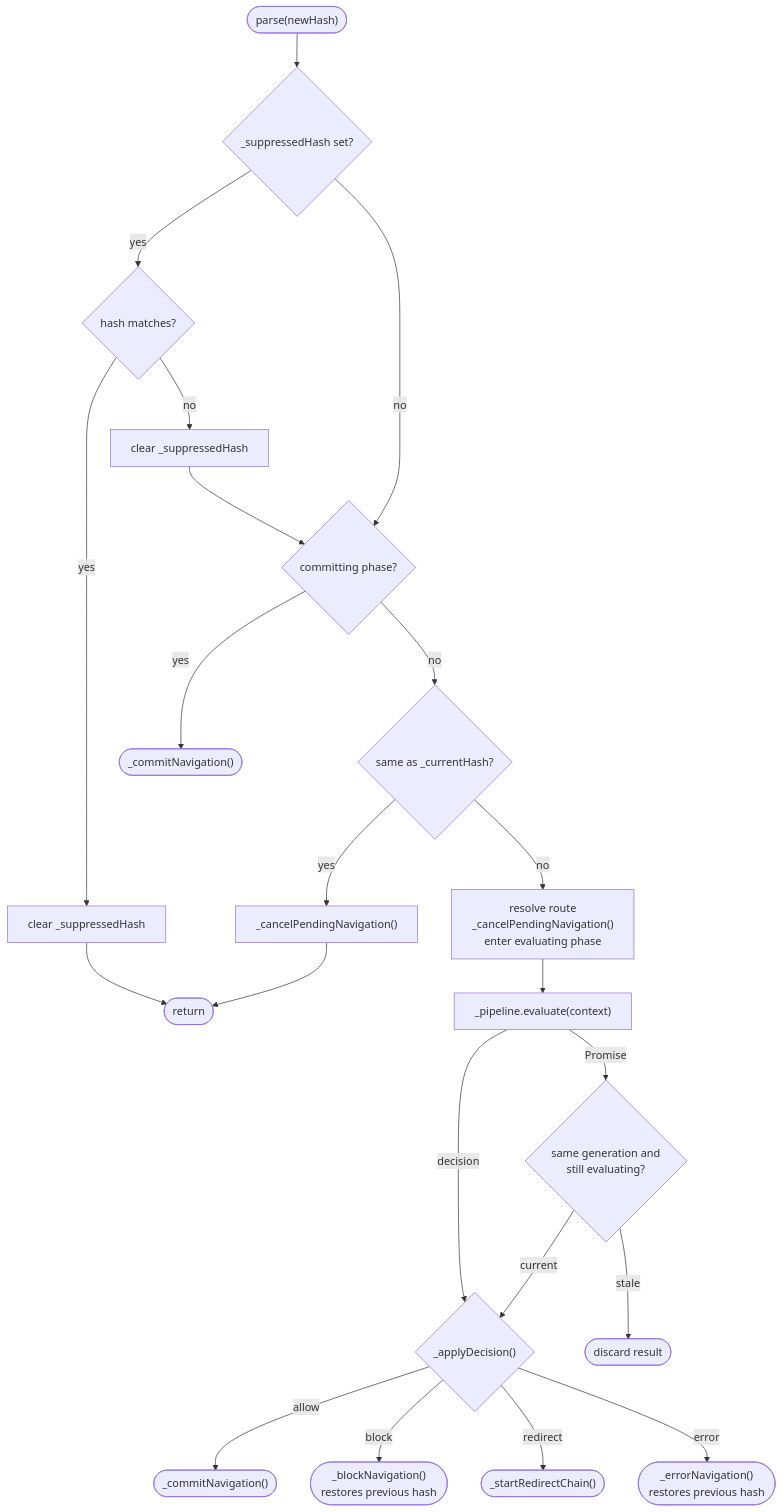
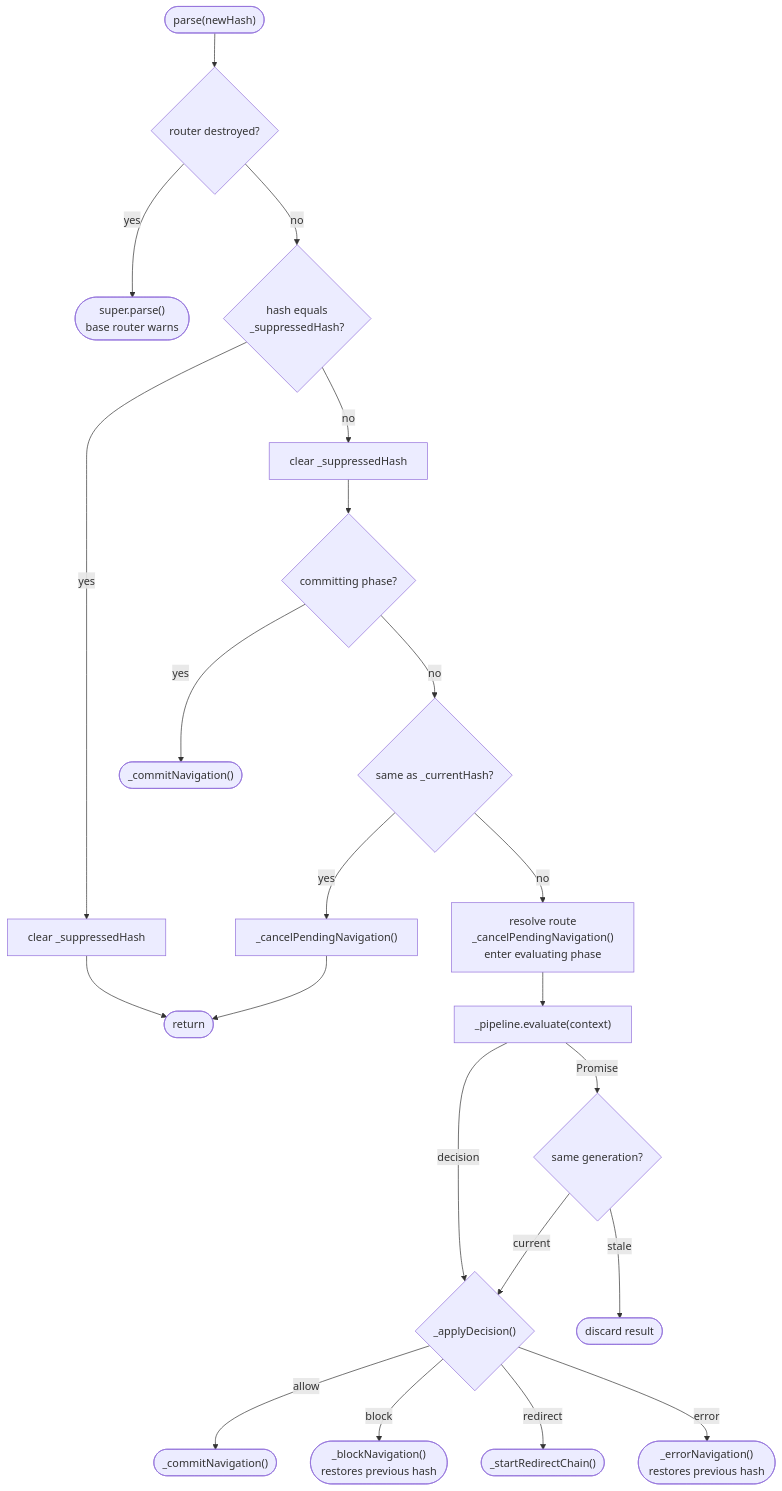
One commit to wridgeu/ui5-lib-guard-router changed the first of 4 diagrams in docs/reference/architecture.md. Above: the diagram before and after it, drawn with Mermaid. The commit also changed other lines of this file and 18 other files, not shown here.

````diff
--- a/docs/reference/architecture.md
+++ b/docs/reference/architecture.md
@@ -186,23 +186,23 @@
 ```mermaid
 flowchart TD
-    start(["parse(newHash)"]) --> suppress{_suppressedHash set?}
-    suppress -- "yes" --> smatch{hash matches?}
-    smatch -- "yes" --> sclear["clear _suppressedHash"] --> ret(["return"])
-    smatch -- "no" --> sclear2["clear _suppressedHash"] --> redir
-    suppress -- "no" --> redir{committing phase?}
+    start(["parse(newHash)"]) --> destroyed{"router destroyed?"}
+    destroyed -- "yes" --> warn(["super.parse()<br/>base router warns"])
+    destroyed -- "no" --> suppress{"hash equals<br/>_suppressedHash?"}
+    suppress -- "yes" --> sclear["clear _suppressedHash"] --> ret(["return"])
+    suppress -- "no" --> sclear2["clear _suppressedHash"] --> redir{committing phase?}
     redir -- "yes" --> bypass(["_commitNavigation()"])
     redir -- "no" --> samehash{same as _currentHash?}
     samehash -- "yes" --> canceldup["_cancelPendingNavigation()"] --> ret
     samehash -- "no" --> setup["resolve route<br/>_cancelPendingNavigation()<br/>enter evaluating phase"]
 
     setup --> evaluate["_pipeline.evaluate(context)"]
     evaluate -- "decision" --> apply{"_applyDecision()"}
-    evaluate -- "Promise" --> stale{"same generation and<br/>still evaluating?"}
+    evaluate -- "Promise" --> stale{"same generation?"}
     stale -- "current" --> apply
     stale -- "stale" --> discard(["discard result"])
 
     apply -- "allow" --> commit(["_commitNavigation()"])
     apply -- "block" --> block(["_blockNavigation()<br/>restores previous hash"])
     apply -- "redirect" --> redirect(["_startRedirectChain()"])
     apply -- "error" --> errornav(["_errorNavigation()<br/>restores previous hash"])
 ```
````
